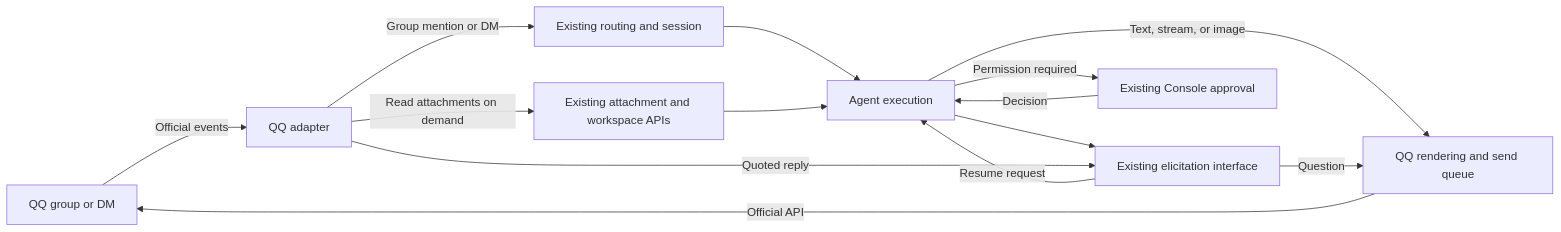
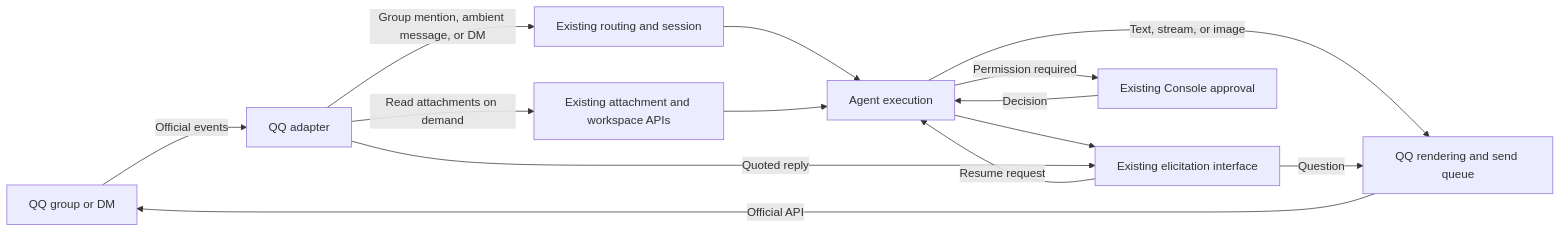
Before and after one commit to agentconnect-md/agentconnect: the first of 2 diagrams in docs/designs/qq-integration.md, drawn with Mermaid. The commit also changed other lines of this file, not shown here.

First line of the commit message:
docs(qq): record full-mode ambient admission and ack recall

````diff
--- a/docs/designs/qq-integration.md
+++ b/docs/designs/qq-integration.md
@@ -53,16 +53,16 @@
 ```mermaid
 flowchart LR
     Q[QQ group or DM] -->|Official events| X[QQ adapter]
-    X -->|Group mention or DM| R[Existing routing and session]
+    X -->|Group mention, ambient message, or DM| R[Existing routing and session]
     R --> A[Agent execution]
     X -->|Read attachments on demand| F[Existing attachment and workspace APIs]
     F --> A
     A -->|Text, stream, or image| O[QQ rendering and send queue]
     O -->|Official API| Q
     A --> E[Existing elicitation interface]
     E -->|Question| O
     X -->|Quoted reply| E
     E -->|Resume request| A
     A -->|Permission required| C[Existing Console approval]
     C -->|Decision| A
 ```
````
